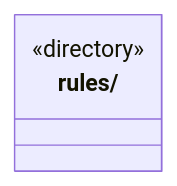
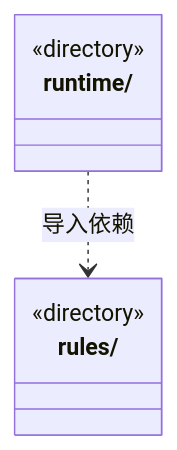
One commit to nan023062/cbim changed the diagram in src/logic/dispatch/ARCHITECTURE.md. Above: the diagram before and after it, drawn with Mermaid. The commit also changed other lines of this file and 456 other files, not shown here.

````diff
--- a/src/logic/dispatch/ARCHITECTURE.md
+++ b/src/logic/dispatch/ARCHITECTURE.md
@@ -15,6 +15,10 @@
 ```mermaid
 classDiagram
 class N_src_logic_dispatch_rules["rules/"] {
   <<directory>>
 }
+class N_src_logic_dispatch_runtime["runtime/"] {
+  <<directory>>
+}
+N_src_logic_dispatch_runtime ..> N_src_logic_dispatch_rules : 导入依赖
 ```
````
